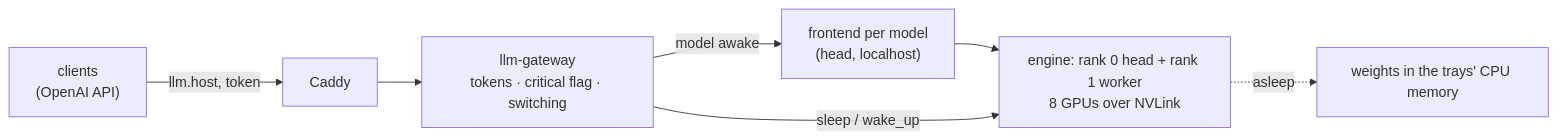
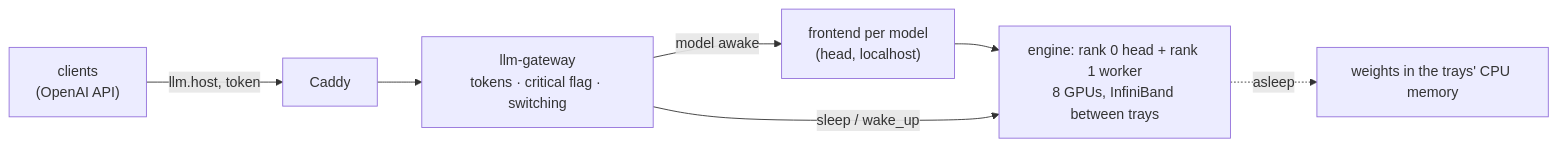
Before and after one commit to cnboonhan/data-flywheel: the diagram in services/dynamo/README.md, drawn with Mermaid. The commit also changed other lines of this file and 8 other files, not shown here.

First line of the commit message:
dynamo: GLM-5.3 serves over InfiniBand; prometheus records GPU-hours per user

````diff
--- a/services/dynamo/README.md
+++ b/services/dynamo/README.md
@@ -5,7 +5,7 @@
 ```mermaid
 flowchart LR
   C["clients<br/>(OpenAI API)"] -->|llm.host, token| Caddy --> G["llm-gateway<br/>tokens · critical flag · switching"]
-  G -->|model awake| F["frontend per model<br/>(head, localhost)"] --> E["engine: rank 0 head + rank 1 worker<br/>8 GPUs over NVLink"]
+  G -->|model awake| F["frontend per model<br/>(head, localhost)"] --> E["engine: rank 0 head + rank 1 worker<br/>8 GPUs, InfiniBand between trays"]
   G -->|sleep / wake_up| E
   E -.->|asleep| R["weights in the trays' CPU memory"]
 ```
````
